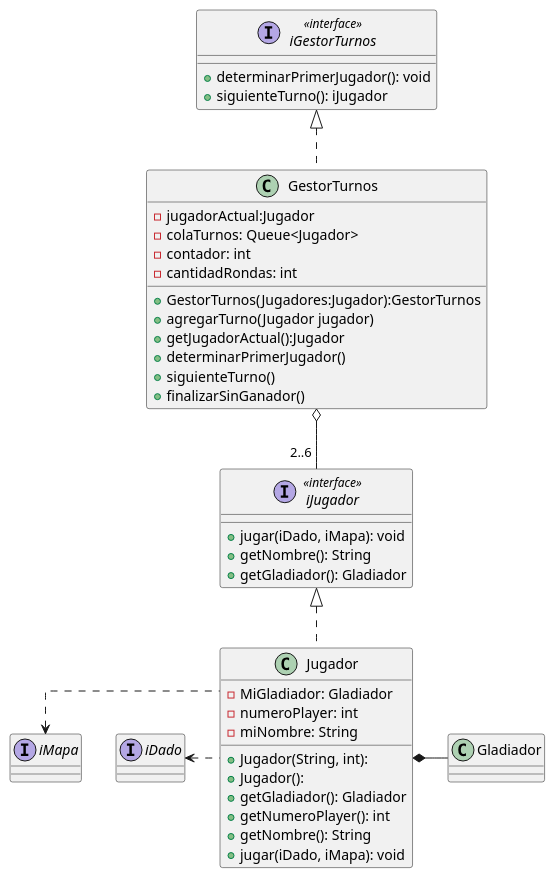
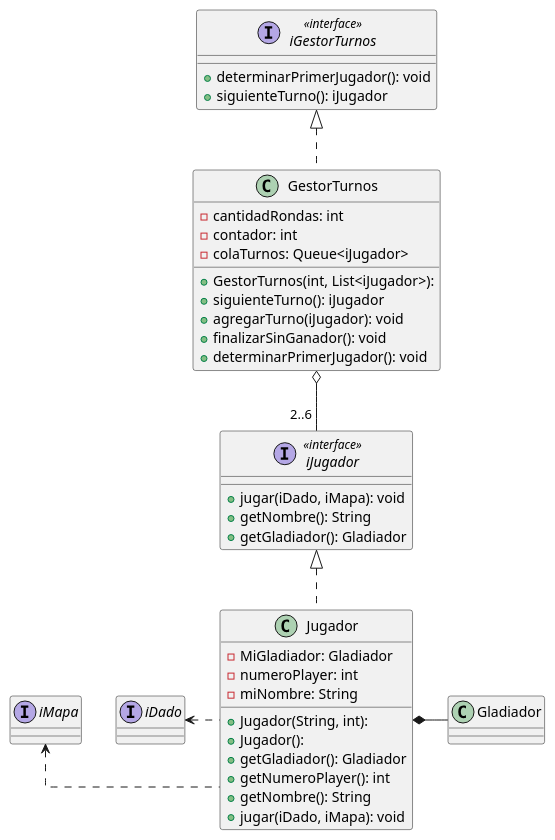
One commit to mcumskov/Algo3_tp2 changed the diagram in diagrams/clases/DiagramasParaInforme/DiagramaGestorTurnosChiquito.puml. Above: the diagram before and after it, drawn with PlantUML. The commit also changed 4 other files, not shown here.

Commit message:
gestorTurnos tenia dos constructores, ahora solo tiene uno, actualizo su diagrama

```diff
--- a/diagrams/clases/DiagramasParaInforme/DiagramaGestorTurnosChiquito.puml
+++ b/diagrams/clases/DiagramasParaInforme/DiagramaGestorTurnosChiquito.puml
@@ -1,53 +1,51 @@
 @startuml
 skinparam linetype ortho
 
     class GestorTurnos {
-        - jugadorActual:Jugador
-        - colaTurnos: Queue<Jugador>
-        - contador: int
-        - cantidadRondas: int
-        + GestorTurnos(Jugadores:Jugador):GestorTurnos
-        + agregarTurno(Jugador jugador)
-        + getJugadorActual():Jugador
-        + determinarPrimerJugador()
-        +siguienteTurno()
-        +finalizarSinGanador()
+      + GestorTurnos(int, List<iJugador>):
+      - cantidadRondas: int
+      - contador: int
+      - colaTurnos: Queue<iJugador>
+      + siguienteTurno(): iJugador
+      + agregarTurno(iJugador): void
+      + finalizarSinGanador(): void
+      + determinarPrimerJugador(): void
     }
 
     interface iGestorTurnos << interface >> {
       + determinarPrimerJugador(): void
       + siguienteTurno(): iJugador
     }
 
 
     interface iJugador << interface >> {
       + jugar(iDado, iMapa): void
       + getNombre(): String
       + getGladiador(): Gladiador
     }
 
     class Jugador {
       + Jugador(String, int):
       + Jugador():
       - MiGladiador: Gladiador
       - numeroPlayer: int
       - miNombre: String
       + getGladiador(): Gladiador
       + getNumeroPlayer(): int
       + getNombre(): String
       + jugar(iDado, iMapa): void
     }
 
     GestorTurnos o-- "2..6 " iJugador
     iJugador <|-. Jugador
 
     interface iMapa
     interface iGestorTurnos
     interface iDado
 
     iMapa <. Jugador
     iDado <. Jugador
     iGestorTurnos <|.- GestorTurnos
     Jugador *- Gladiador
 
 @enduml
```
